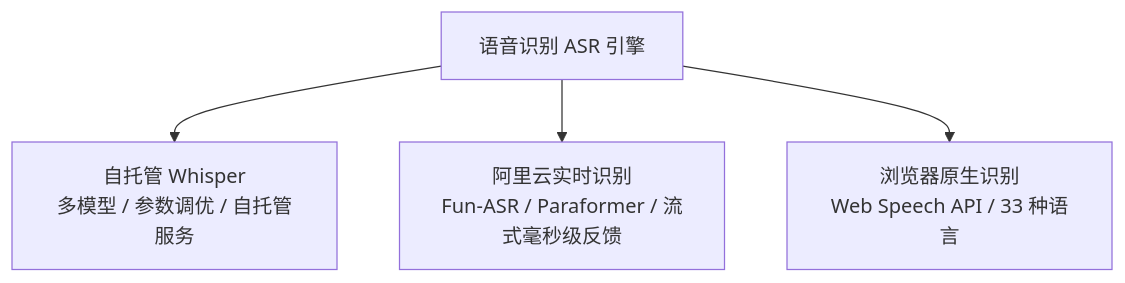
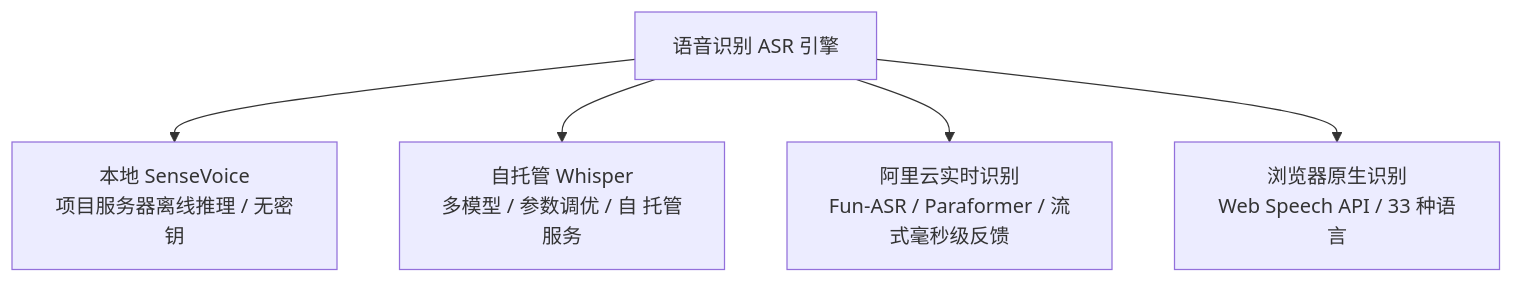
The second of 2 diagrams in docs/voice/setup.md (lulabs-org/embocraft), drawn with Mermaid before and after one commit. The commit also changed other lines of this file and 43 other files, not shown here.

First line of the commit message:
feat(asr): add offline SenseVoice recognition and engine routing

````diff
--- a/docs/voice/setup.md
+++ b/docs/voice/setup.md
@@ -101,6 +101,7 @@
 ```mermaid
 graph TD
-    ASR[语音识别 ASR 引擎] --> Whisper[自托管 Whisper<br>多模型 / 参数调优 / 自托管服务]
+    ASR[语音识别 ASR 引擎] --> SenseVoice[本地 SenseVoice<br>项目服务器离线推理 / 无密钥]
+    ASR --> Whisper[自托管 Whisper<br>多模型 / 参数调优 / 自 托管服务]
     ASR --> AliyunASR[阿里云实时识别<br>Fun-ASR / Paraformer / 流式毫秒级反馈]
     ASR --> BrowserASR[浏览器原生识别<br>Web Speech API / 33 种语言]
 ```
````
